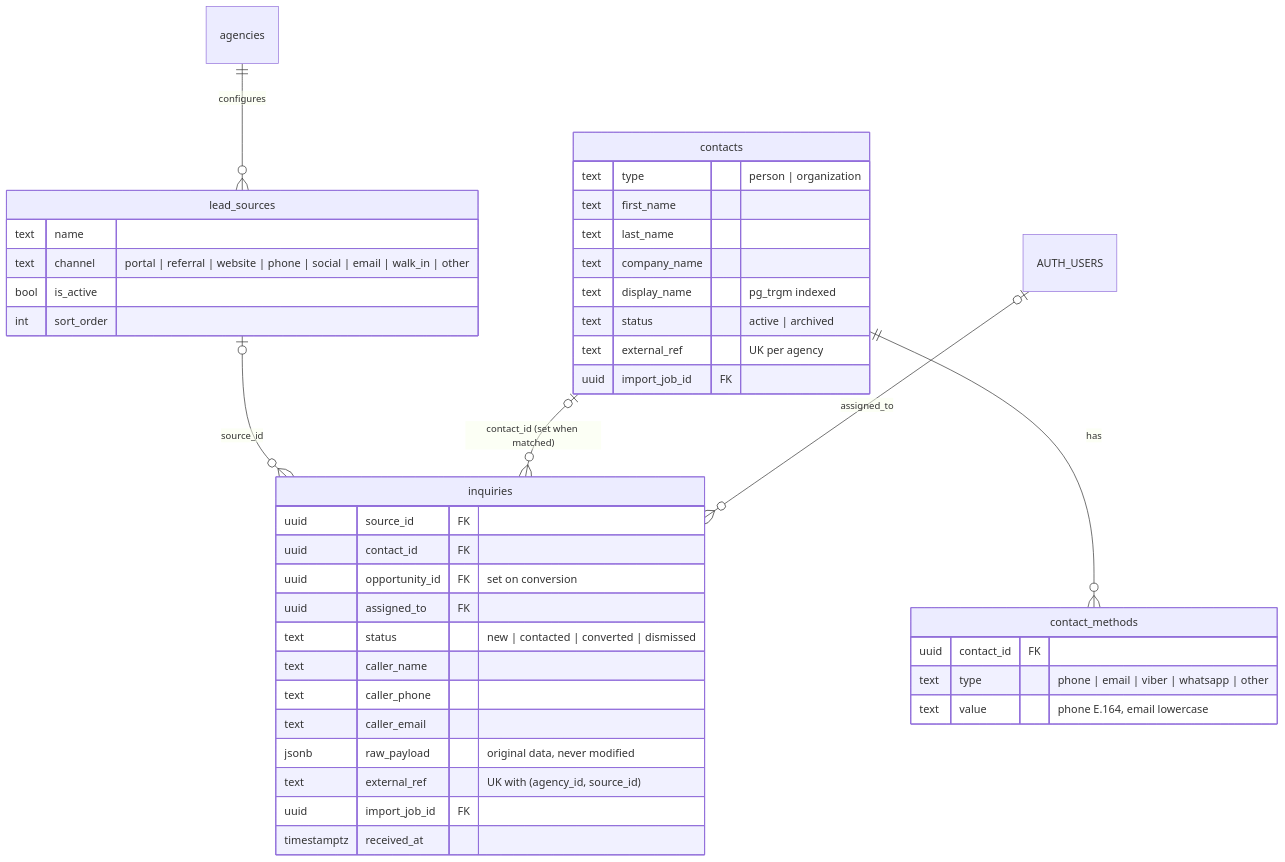
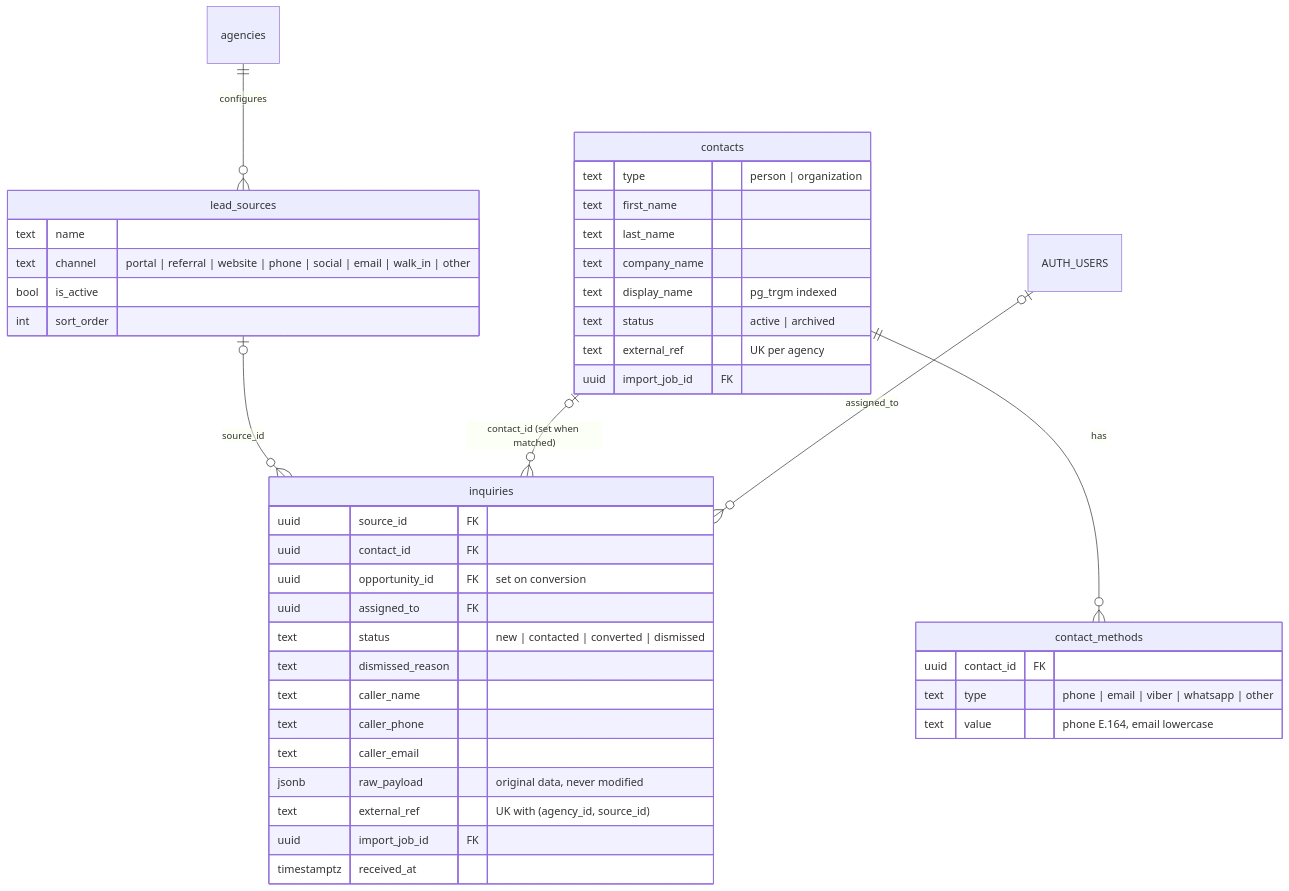
One commit to dreaminglory/retail_broker_CRM changed the third of 11 diagrams in docs/domain-model.md. Above: the diagram before and after it, drawn with Mermaid. The commit also changed other lines of this file and 45 other files, not shown here.

````diff
--- a/docs/domain-model.md
+++ b/docs/domain-model.md
@@ -105,44 +106,45 @@
 ```mermaid
 erDiagram
   agencies ||--o{ lead_sources : "configures"
   lead_sources |o--o{ inquiries : "source_id"
   contacts |o--o{ inquiries : "contact_id (set when matched)"
   contacts ||--o{ contact_methods : "has"
   AUTH_USERS |o--o{ inquiries : "assigned_to"
 
   lead_sources {
     text name
     text channel "portal | referral | website | phone | social | email | walk_in | other"
     bool is_active
     int sort_order
   }
   inquiries {
     uuid source_id FK
     uuid contact_id FK
     uuid opportunity_id FK "set on conversion"
     uuid assigned_to FK
     text status "new | contacted | converted | dismissed"
+    text dismissed_reason
     text caller_name
     text caller_phone
     text caller_email
     jsonb raw_payload "original data, never modified"
     text external_ref "UK with (agency_id, source_id)"
     uuid import_job_id FK
     timestamptz received_at
   }
   contacts {
     text type "person | organization"
     text first_name
     text last_name
     text company_name
     text display_name "pg_trgm indexed"
     text status "active | archived"
     text external_ref "UK per agency"
     uuid import_job_id FK
   }
   contact_methods {
     uuid contact_id FK
     text type "phone | email | viber | whatsapp | other"
     text value "phone E.164, email lowercase"
   }
 ```
````
